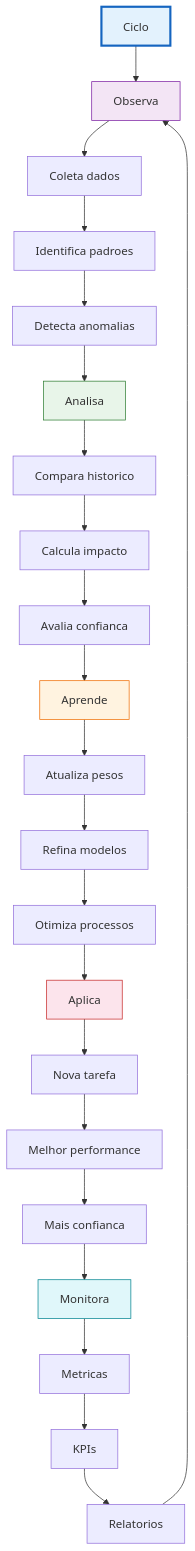
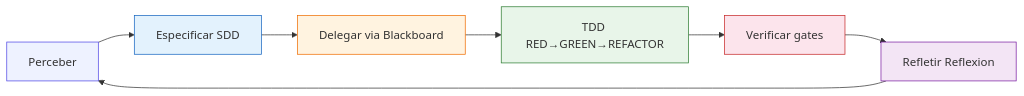
The second of 3 diagrams in README.md (MarceloClaro/opencode-ecosystem-core), drawn with Mermaid before and after one commit. The commit also changed other lines of this file, not shown here.

Commit message:
docs(readme): redesign profissional — vitrine com badges, TOC, camadas do ecossistema (agentes/MCP/skills/hooks/plugins), ciclo SDD/TDD+Reflexion, observabilidade /efficiency, segurança, instalação, documentação e licença (212→~450 linhas)

````diff
--- a/README.md
+++ b/README.md
@@ -854,31 +181,16 @@
 ```mermaid
-flowchart TD
-    START4[Ciclo] --> OBS[Observa]
-    OBS --> O1[Coleta dados]
-    O1 --> O2[Identifica padroes]
-    O2 --> O3[Detecta anomalias]
-    O3 --> ANA[Analisa]
-    ANA --> A1[Compara historico]
-    A1 --> A2[Calcula impacto]
-    A2 --> A3[Avalia confianca]
-    A3 --> LEARN[Aprende]
-    LEARN --> L1[Atualiza pesos]
-    L1 --> L2[Refina modelos]
-    L2 --> L3[Otimiza processos]
-    L3 --> APPL[Aplica]
-    APPL --> AP1[Nova tarefa]
-    AP1 --> AP2[Melhor performance]
-    AP2 --> AP3[Mais confianca]
-    AP3 --> MON[Monitora]
-    MON --> M1[Metricas]
-    M1 --> M2[KPIs]
-    M2 --> M3[Relatorios]
-    M3 --> OBS
+flowchart LR
+    P[Perceber] --> S[Especificar SDD]
+    S --> D[Delegar via Blackboard]
+    D --> T[TDD RED→GREEN→REFACTOR]
+    T --> V[Verificar gates]
+    V --> R[Refletir Reflexion]
+    R --> P
 
-    style START4 fill:#e3f2fd,stroke:#1565c0,stroke-width:3px
-    style OBS fill:#f3e5f5,stroke:#7b1fa2
-    style ANA fill:#e8f5e9,stroke:#2e7d32
-    style LEARN fill:#fff3e0,stroke:#ef6c00
-    style APPL fill:#fce4ec,stroke:#c62828
-    style MON fill:#e0f7fa,stroke:#00838f
+    style P fill:#eef2ff,stroke:#4f46e5
+    style S fill:#e3f2fd,stroke:#1565c0
+    style D fill:#fff3e0,stroke:#ef6c00
+    style T fill:#e8f5e9,stroke:#2e7d32
+    style V fill:#fce4ec,stroke:#c62828
+    style R fill:#f3e5f5,stroke:#7b1fa2
 ```
````
